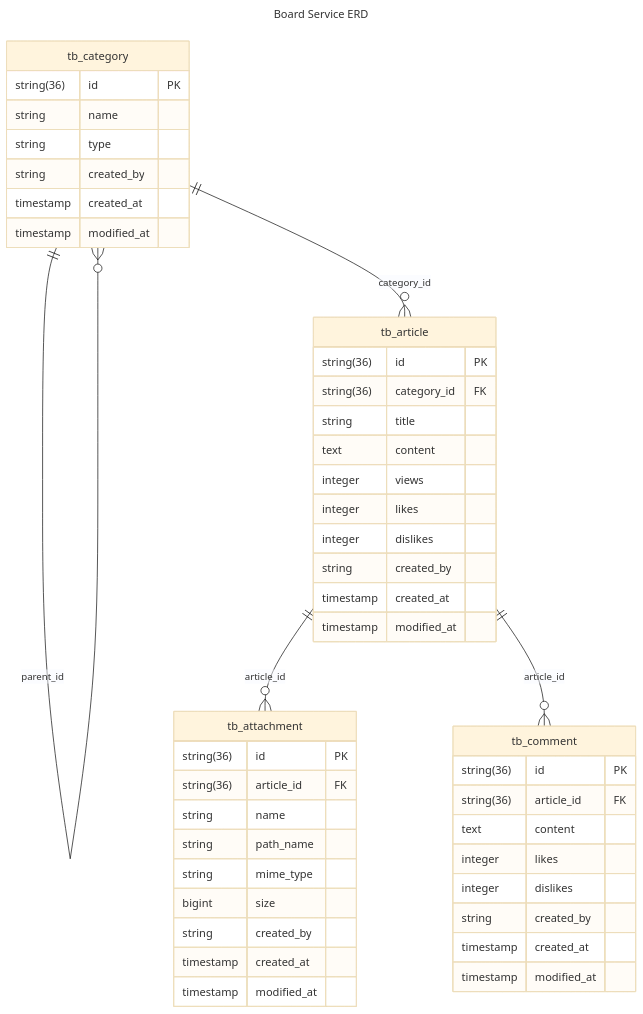
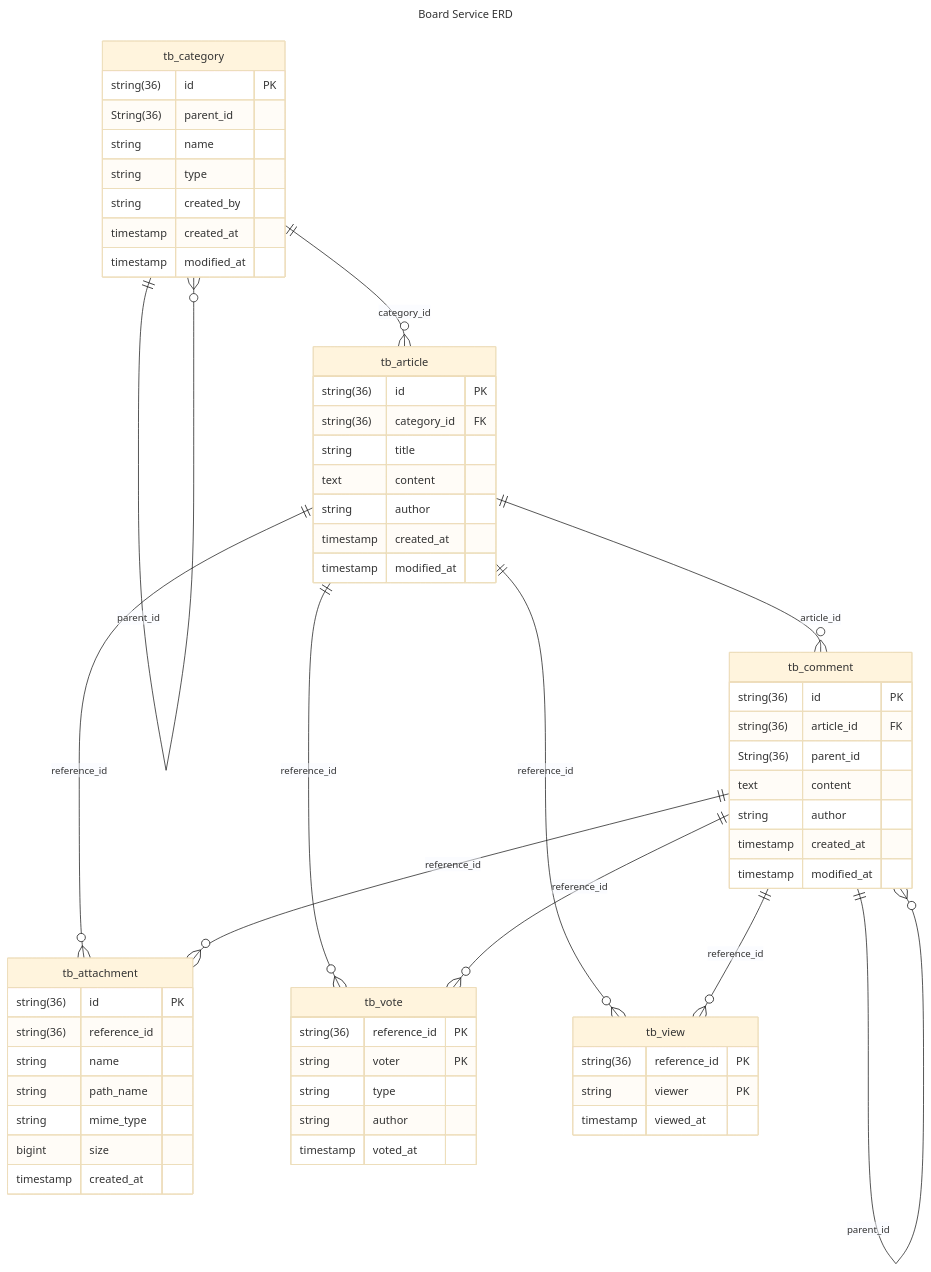
One commit to KalGookSoo/springboot-msa changed the second of 2 diagrams in board/README.md. Above: the diagram before and after it, drawn with Mermaid (base theme). The commit also changed other lines of this file and 1 other file, not shown here.

Commit message:
docs: README.md 수정 클래스 다이어그램 수정

````diff
--- a/board/README.md
+++ b/board/README.md
@@ -84,51 +62,65 @@
 ```mermaid
 ---
 title: Board Service ERD
 ---
 erDiagram
     tb_category {
         string(36) id PK
+        String(36) parent_id
         string name
         string type
         string created_by
         timestamp created_at
         timestamp modified_at
     }
     tb_article {
         string(36) id PK
         string(36) category_id FK
         string title
         text content
-        integer views
-        integer likes
-        integer dislikes
-        string created_by
+        string author
         timestamp created_at
         timestamp modified_at
     }
     tb_attachment {
         string(36) id PK
-        string(36) article_id FK
+        string(36) reference_id
         string name
         string path_name
         string mime_type
         bigint size
-        string created_by
         timestamp created_at
-        timestamp modified_at
     }
     tb_comment {
         string(36) id PK
         string(36) article_id FK
+        String(36) parent_id
         text content
-        integer likes
-        integer dislikes
-        string created_by
+        string author
         timestamp created_at
         timestamp modified_at
     }
+    tb_vote {
+        string(36) reference_id PK
+        string voter PK
+        string type
+        string author
+        timestamp voted_at
+    }
+    tb_view {
+        string(36) reference_id PK
+        string viewer PK
+        timestamp viewed_at
+    }
     tb_category ||--o{ tb_category : parent_id
     tb_category ||--o{ tb_article : category_id
-    tb_article ||--o{ tb_attachment : article_id
+    tb_article ||--o{ tb_attachment : reference_id
     tb_article ||--o{ tb_comment : article_id
+    tb_article ||--o{ tb_vote : reference_id
+    tb_article ||--o{ tb_view : reference_id
+    tb_comment ||--o{ tb_comment : parent_id
+    tb_comment ||--o{ tb_attachment : reference_id
+    tb_comment ||--o{ tb_vote : reference_id
+    tb_comment ||--o{ tb_view : reference_id
+    
 ```
````
